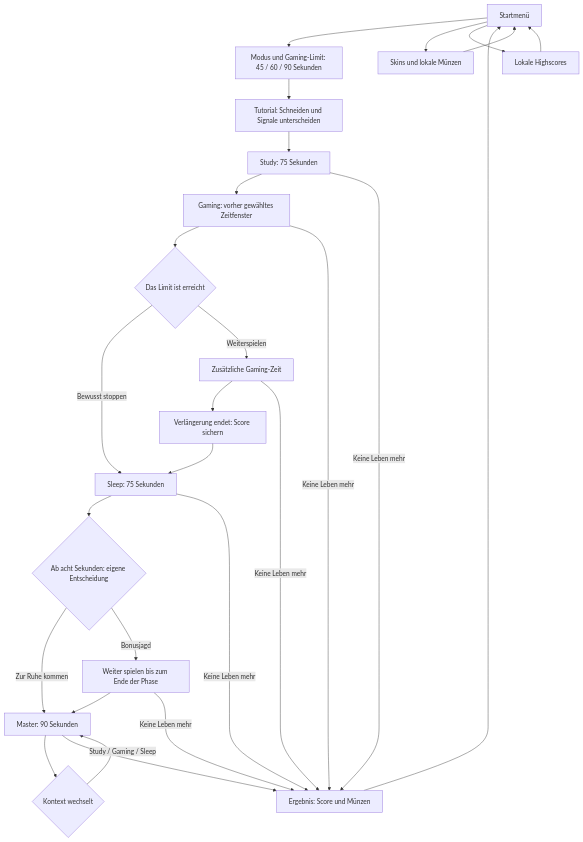
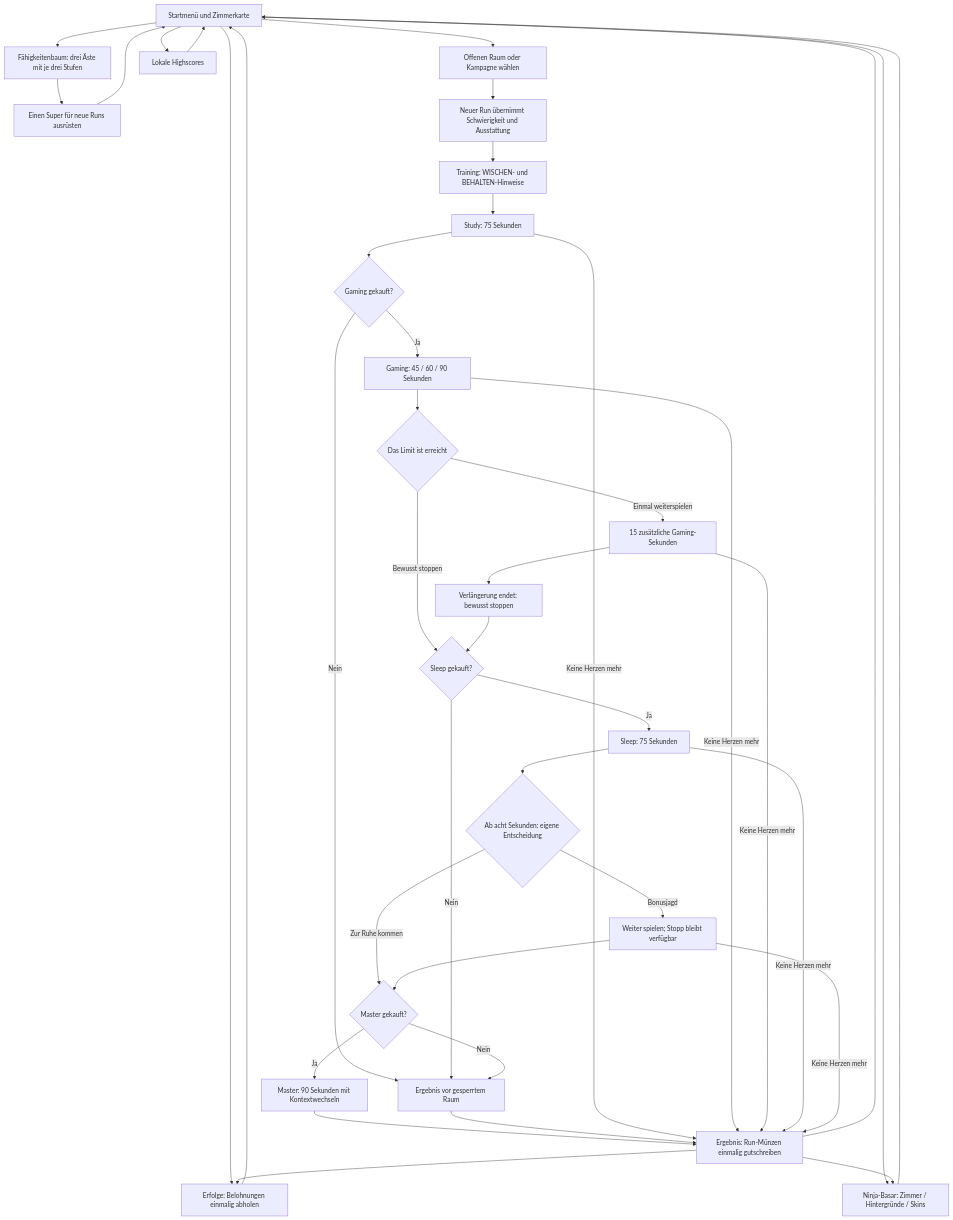
The first of 3 diagrams in notification-ninja/PLAN.md (BruKevFH/REBOOT-Digital-Balance), drawn with Mermaid before and after one commit. The commit also changed other lines of this file and 20 other files, not shown here.

````diff
--- a/notification-ninja/PLAN.md
+++ b/notification-ninja/PLAN.md
@@ -7,29 +7,42 @@
 ```mermaid
 flowchart TD
-    Home[Startmenü] --> Limit[Modus und Gaming-Limit: 45 / 60 / 90 Sekunden]
-    Limit --> Tutorial[Tutorial: Schneiden und Signale unterscheiden]
-    Home --> Skins[Skins und lokale Münzen]
+    Home[Startmenü und Zimmerkarte] --> Setup[Offenen Raum oder Kampagne wählen]
+    Home --> Basar[Ninja-Basar: Zimmer / Hintergründe / Skins]
+    Home --> Tree[Fähigkeitenbaum: drei Äste mit je drei Stufen]
+    Home --> Achievements[Erfolge: Belohnungen einmalig abholen]
     Home --> Scores[Lokale Highscores]
-    Skins --> Home
+    Basar --> Home
+    Tree --> Equip[Einen Super für neue Runs ausrüsten]
+    Equip --> Home
+    Achievements --> Home
     Scores --> Home
+    Setup --> Snapshot[Neuer Run übernimmt Schwierigkeit und Ausstattung]
+    Snapshot --> Tutorial[Training: WISCHEN- und BEHALTEN-Hinweise]
     Tutorial --> Study[Study: 75 Sekunden]
-    Study --> Gaming[Gaming: vorher gewähltes Zeitfenster]
+    Study --> HasGaming{Gaming gekauft?}
+    HasGaming -->|Ja| Gaming[Gaming: 45 / 60 / 90 Sekunden]
+    HasGaming -->|Nein| Locked[Ergebnis vor gesperrtem Raum]
     Gaming --> Decision{Das Limit ist erreicht}
-    Decision -->|Bewusst stoppen| Sleep[Sleep: 75 Sekunden]
-    Decision -->|Weiterspielen| Extra[Zusätzliche Gaming-Zeit]
-    Extra --> ExtraStop[Verlängerung endet: Score sichern]
-    ExtraStop --> Sleep
+    Decision -->|Bewusst stoppen| HasSleep{Sleep gekauft?}
+    Decision -->|Einmal weiterspielen| Extra[15 zusätzliche Gaming-Sekunden]
+    Extra --> ExtraStop[Verlängerung endet: bewusst stoppen]
+    ExtraStop --> HasSleep
+    HasSleep -->|Ja| Sleep[Sleep: 75 Sekunden]
+    HasSleep -->|Nein| Locked
     Sleep --> SleepChoice{Ab acht Sekunden: eigene Entscheidung}
-    SleepChoice -->|Zur Ruhe kommen| Master[Master: 90 Sekunden]
-    SleepChoice -->|Bonusjagd| SleepBonus[Weiter spielen bis zum Ende der Phase]
-    SleepBonus --> Master
-    Master --> Context{Kontext wechselt}
-    Context -->|Study / Gaming / Sleep| Master
-    Master --> End[Ergebnis: Score und Münzen]
-    Study -->|Keine Leben mehr| End
-    Gaming -->|Keine Leben mehr| End
-    Extra -->|Keine Leben mehr| End
-    Sleep -->|Keine Leben mehr| End
-    SleepBonus -->|Keine Leben mehr| End
+    SleepChoice -->|Zur Ruhe kommen| HasMaster{Master gekauft?}
+    SleepChoice -->|Bonusjagd| SleepBonus[Weiter spielen; Stopp bleibt verfügbar]
+    SleepBonus --> HasMaster
+    HasMaster -->|Ja| Master[Master: 90 Sekunden mit Kontextwechseln]
+    HasMaster -->|Nein| Locked
+    Master --> End[Ergebnis: Run-Münzen einmalig gutschreiben]
+    Locked --> End
+    Study -->|Keine Herzen mehr| End
+    Gaming -->|Keine Herzen mehr| End
+    Extra -->|Keine Herzen mehr| End
+    Sleep -->|Keine Herzen mehr| End
+    SleepBonus -->|Keine Herzen mehr| End
+    End --> Achievements
+    End --> Basar
     End --> Home
 ```
````
